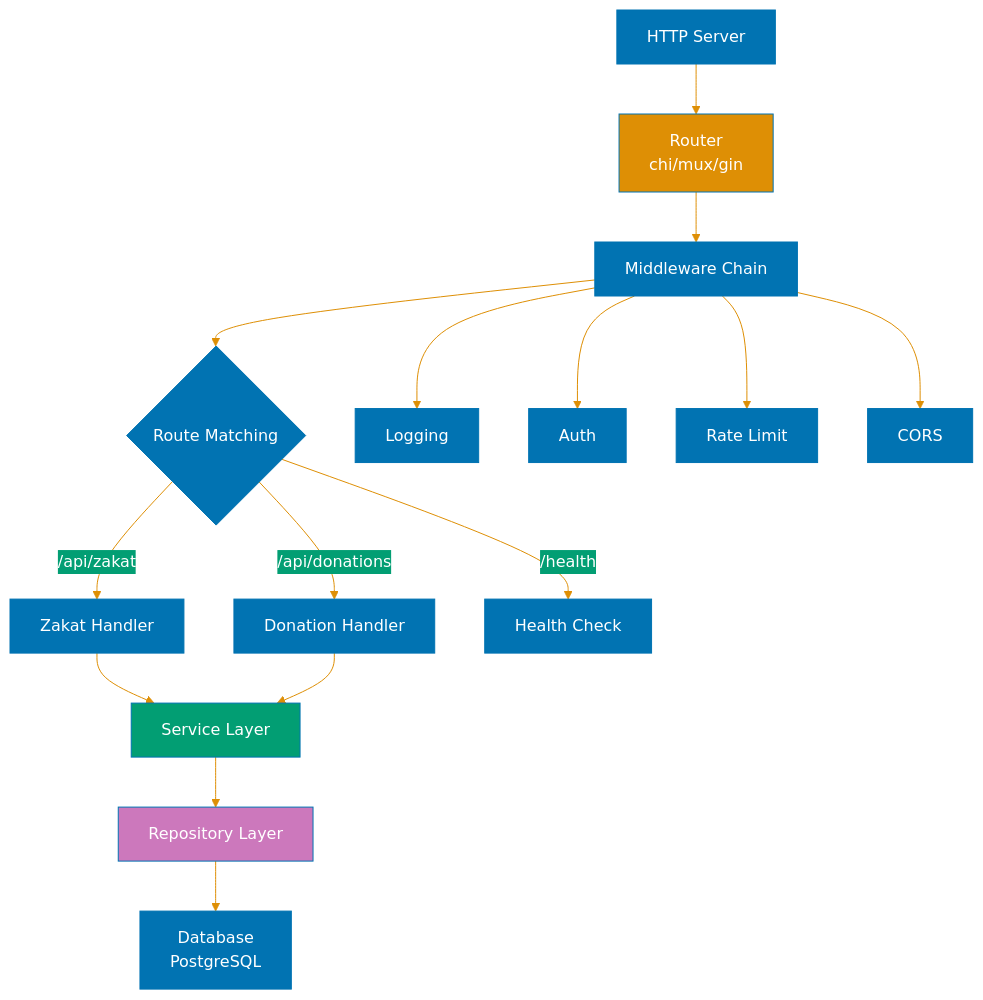
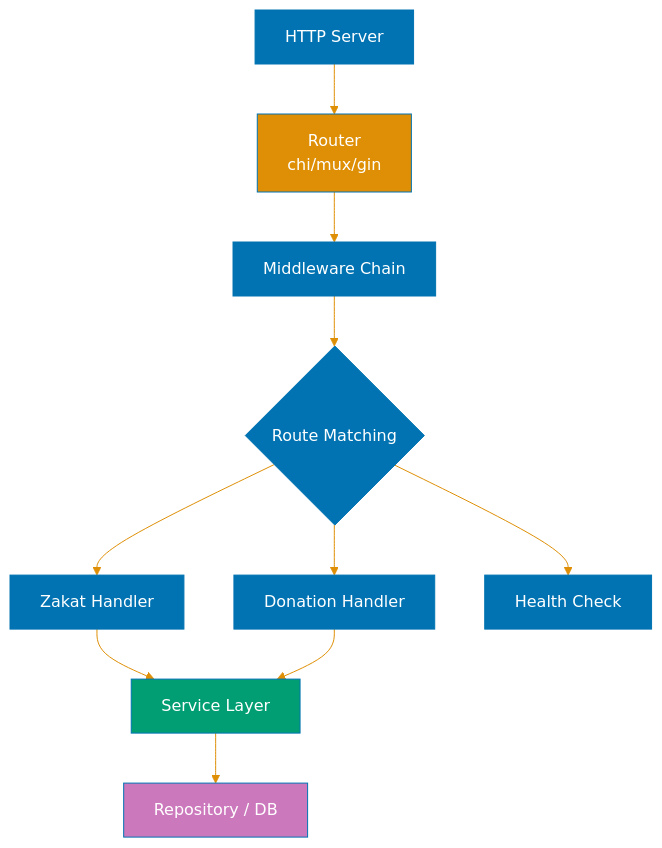
The fourth of 5 diagrams in docs/explanation/software-engineering/programming-languages/golang/api-standards.md (wahidyankf/open-sharia-enterprise), drawn with Mermaid before and after one commit. The commit also changed other lines of this file and 11 other files, not shown here.

First line of the commit message:
fix(docs): fix mermaid violations in golang docs

````diff
--- a/docs/explanation/software-engineering/programming-languages/golang/api-standards.md
+++ b/docs/explanation/software-engineering/programming-languages/golang/api-standards.md
@@ -2371,27 +2361,20 @@
 ```mermaid
 %%{init: {'theme':'base', 'themeVariables': { 'primaryColor':'#0173B2','primaryTextColor':'#fff','primaryBorderColor':'#0173B2','lineColor':'#DE8F05','secondaryColor':'#029E73','tertiaryColor':'#CC78BC','fontSize':'16px'}}}%%
 flowchart TD
     A[HTTP Server] --> B[Router<br/>chi/mux/gin]
     B --> C[Middleware Chain]
     C --> D{Route Matching}
 
-    D -->|/api/zakat| E[Zakat Handler]
-    D -->|/api/donations| F[Donation Handler]
-    D -->|/health| G[Health Check]
+    D --> E[Zakat Handler]
+    D --> F[Donation Handler]
+    D --> G[Health Check]
 
     E --> H[Service Layer]
     F --> H
-
-    H --> I[Repository Layer]
-    I --> J[Database<br/>PostgreSQL]
-
-    C --> K[Logging]
-    C --> L[Auth]
-    C --> M[Rate Limit]
-    C --> N[CORS]
+    H --> I[Repository / DB]
 
     style A fill:#0173B2,color:#fff
     style B fill:#DE8F05,color:#fff
     style H fill:#029E73,color:#fff
     style I fill:#CC78BC,color:#fff
 ```
````
